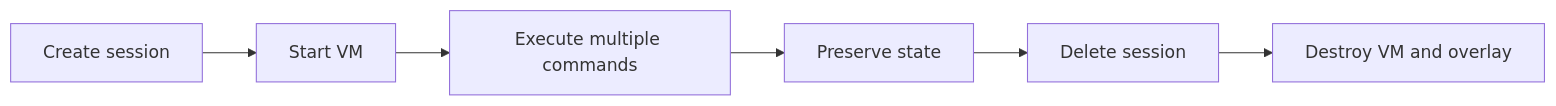
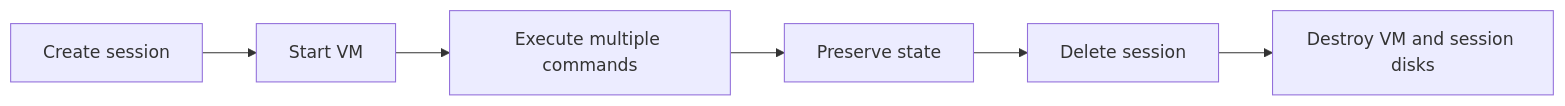
The third of 4 diagrams in docs/technical-architecture.en.md (darunshen/AIR), drawn with Mermaid before and after one commit. The commit also changed other lines of this file and 15 other files, not shown here.

Commit message:
Sync storage architecture docs and Firecracker fixes

````diff
--- a/docs/technical-architecture.en.md
+++ b/docs/technical-architecture.en.md
@@ -48,8 +48,8 @@
 ```mermaid
 flowchart LR
     A[Create session] --> B[Start VM]
     B --> C[Execute multiple commands]
     C --> D[Preserve state]
     D --> E[Delete session]
-    E --> F[Destroy VM and overlay]
+    E --> F[Destroy VM and session disks]
 ```
````
